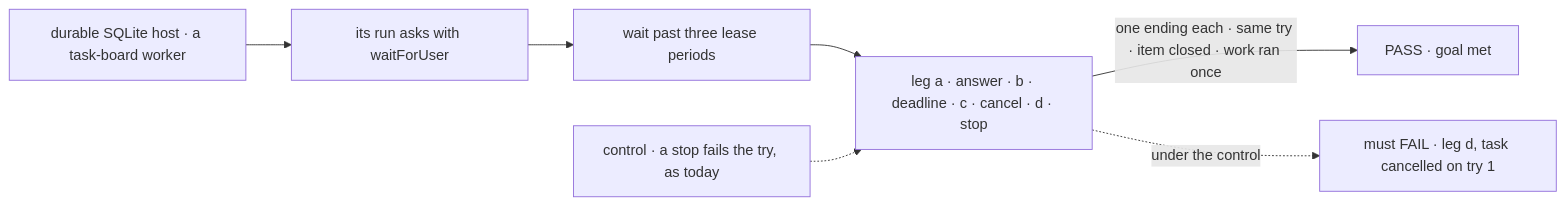
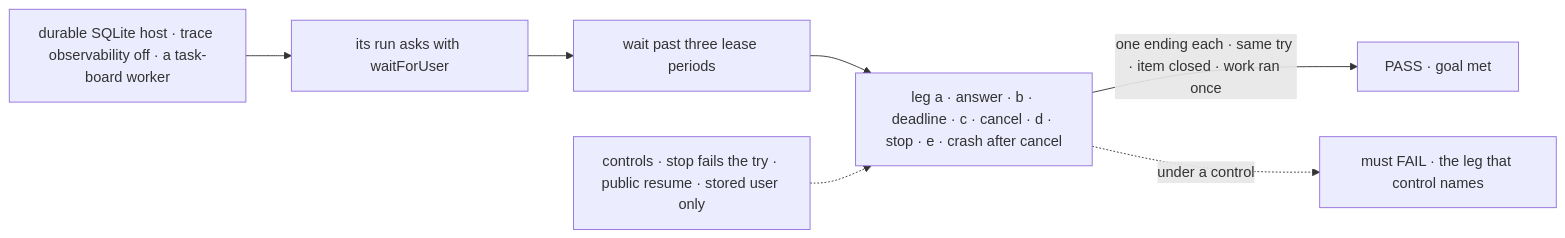
The first of 2 diagrams in specs/issues/FIX-2129/SPEC.md (fixpoint-labs/flow-state-dev), drawn with Mermaid before and after one commit. The commit also changed other lines of this file and 4 other files, not shown here.

First line of the commit message:
spec(FIX-2129): to the epic amendment — no question kind; answer route runs the resume path's ownership checks; a cancelled task refuses new filings

````diff
--- a/specs/issues/FIX-2129/SPEC.md
+++ b/specs/issues/FIX-2129/SPEC.md
@@ -32,9 +35,9 @@
 ```mermaid
 flowchart LR
-  H["durable SQLite host · a task-board worker"] --> S["its run asks with waitForUser"]
+  H["durable SQLite host · trace observability off · a task-board worker"] --> S["its run asks with waitForUser"]
   S --> W["wait past three lease periods"]
-  W --> E["leg a · answer · b · deadline · c · cancel · d · stop"]
+  W --> E["leg a · answer · b · deadline · c · cancel · d · stop · e · crash after cancel"]
   E -->|"one ending each · same try · item closed · work ran once"| P["PASS · goal met"]
-  C["control · a stop fails the try, as today"] -.-> E
-  E -.->|"under the control"| F["must FAIL · leg d, task cancelled on try 1"]
+  C["controls · stop fails the try · public resume · stored user only"] -.-> E
+  E -.->|"under a control"| F["must FAIL · the leg that control names"]
 ```
````
